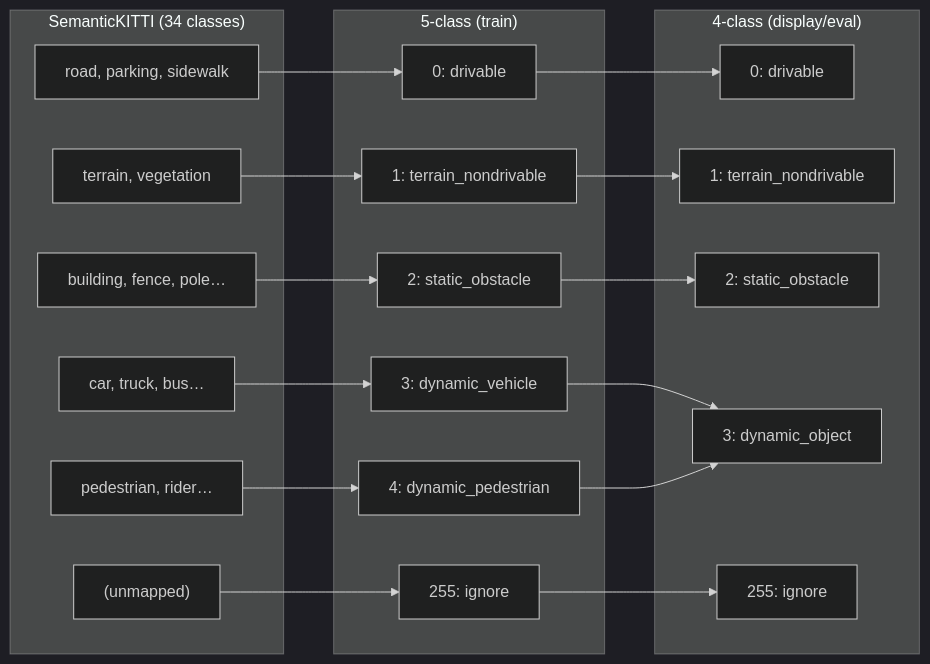
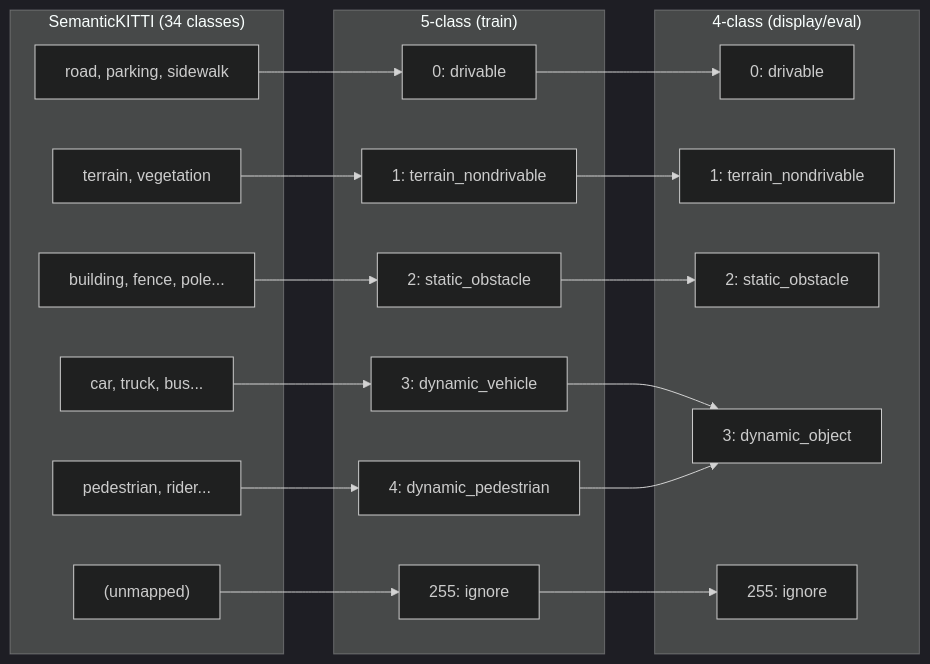
One commit to isometric-iitm/LiDAR-Mapping changed the second of 2 diagrams in README.md. Above: the diagram before and after it, drawn with Mermaid (dark theme). The commit also changed other lines of this file and 20 other files, not shown here.

````diff
--- a/README.md
+++ b/README.md
@@ -242,35 +246,35 @@
 ```mermaid
 flowchart LR
     subgraph Raw["SemanticKITTI (34 classes)"]
         R0["road, parking, sidewalk"]
         R1["terrain, vegetation"]
-        R2["building, fence, pole…"]
-        R3["car, truck, bus…"]
-        R4["pedestrian, rider…"]
+        R2["building, fence, pole..."]
+        R3["car, truck, bus..."]
+        R4["pedestrian, rider..."]
         RX["(unmapped)"]
     end
 
     subgraph Train["5-class (train)"]
         T0["0: drivable"]
         T1["1: terrain_nondrivable"]
         T2["2: static_obstacle"]
         T3["3: dynamic_vehicle"]
         T4["4: dynamic_pedestrian"]
         T255["255: ignore"]
     end
 
     subgraph Eval["4-class (display/eval)"]
         E0["0: drivable"]
         E1["1: terrain_nondrivable"]
         E2["2: static_obstacle"]
         E3["3: dynamic_object"]
         E255["255: ignore"]
     end
 
     R0 --> T0 --> E0
     R1 --> T1 --> E1
     R2 --> T2 --> E2
     R3 --> T3 --> E3
     R4 --> T4 --> E3
     RX --> T255 --> E255
 ```
````
